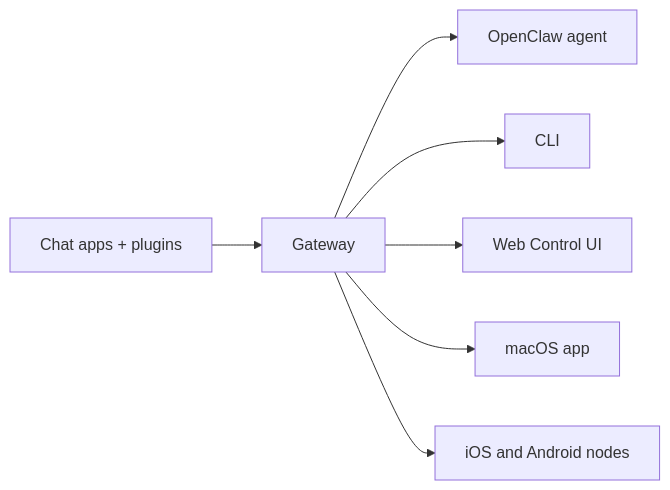
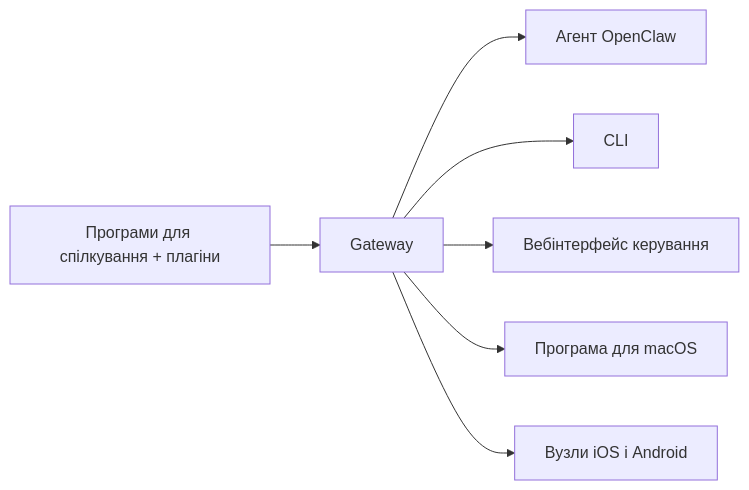
Before and after one commit to openclaw/docs: the diagram in docs/uk/index.md, drawn with Mermaid. The commit also changed other lines of this file and 6121 other files, not shown here.

````diff
--- a/docs/uk/index.md
+++ b/docs/uk/index.md
@@ -113,9 +114,9 @@
 ```mermaid
 flowchart LR
-  A["Chat apps + plugins"] --> B["Gateway"]
-  B --> C["OpenClaw agent"]
+  A["Програми для спілкування + плагіни"] --> B["Gateway"]
+  B --> C["Агент OpenClaw"]
   B --> D["CLI"]
-  B --> E["Web Control UI"]
-  B --> F["macOS app"]
-  B --> G["iOS and Android nodes"]
+  B --> E["Вебінтерфейс керування"]
+  B --> F["Програма для macOS"]
+  B --> G["Вузли iOS і Android"]
 ```
````
